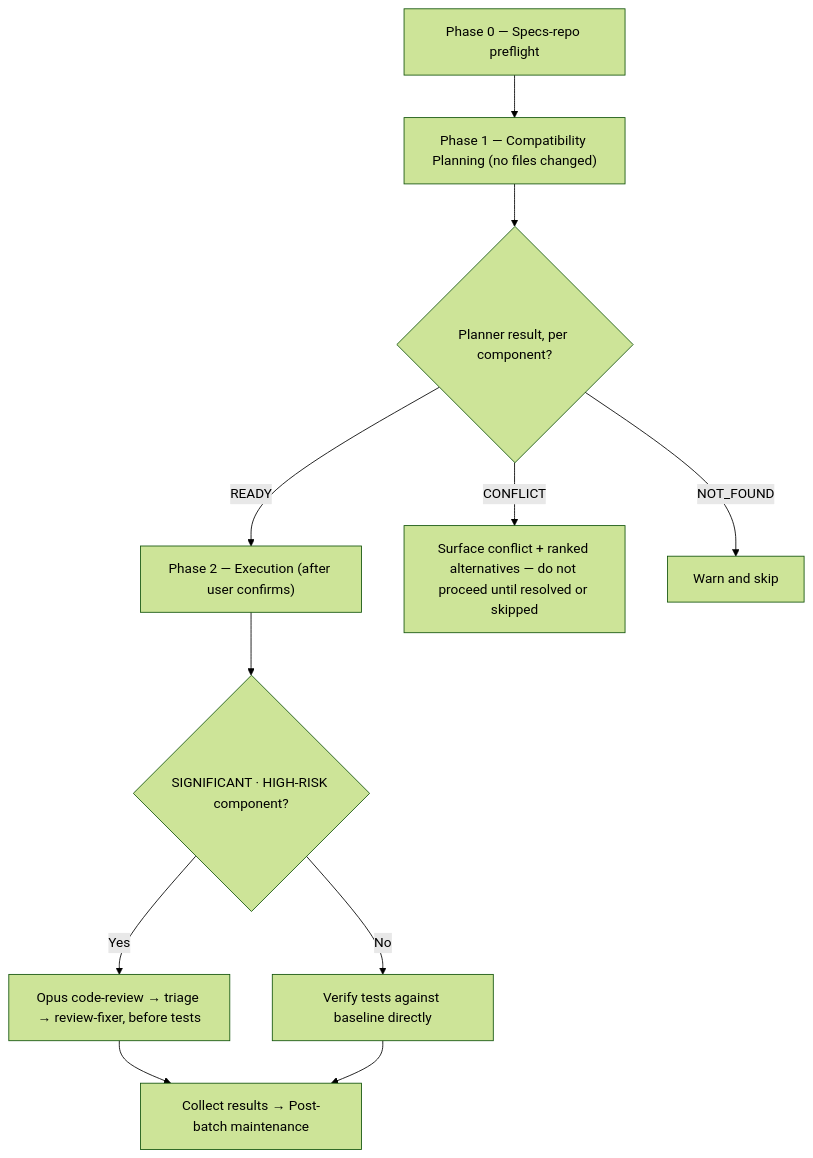
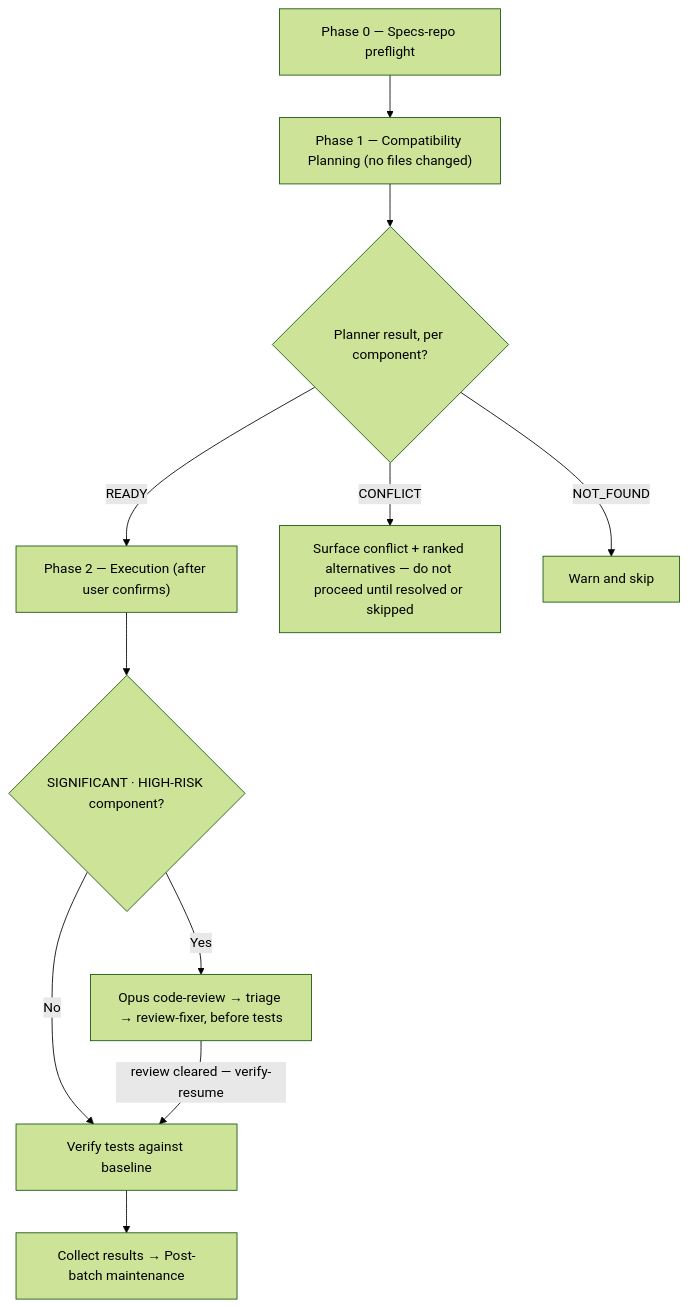
The diagram in plugins/dev-workflows/docs/commands/upgrade.md (ihudak/ai-workflows), drawn with Mermaid (forest theme) before and after one commit. The commit also changed 10 other files, not shown here.

First line of the commit message:
docs: diagrams and workflow pages follow the commands they draw

````diff
--- a/plugins/dev-workflows/docs/commands/upgrade.md
+++ b/plugins/dev-workflows/docs/commands/upgrade.md
@@ -23,13 +23,13 @@
 ```mermaid
 flowchart TD
     p0["Phase 0 — Specs-repo preflight"] --> p1["Phase 1 — Compatibility Planning (no files changed)"]
     p1 --> d1{"Planner result, per component?"}
     d1 -->|"READY"| p2["Phase 2 — Execution (after user confirms)"]
     d1 -->|"CONFLICT"| stop1["Surface conflict + ranked alternatives — do not proceed until resolved or skipped"]
     d1 -->|"NOT_FOUND"| skip1["Warn and skip"]
     p2 --> d2{"SIGNIFICANT · HIGH-RISK component?"}
     d2 -->|"Yes"| rv["Opus code-review → triage → review-fixer, before tests"]
-    d2 -->|"No"| tv["Verify tests against baseline directly"]
-    rv --> done["Collect results → Post-batch maintenance"]
-    tv --> done
+    d2 -->|"No"| tv["Verify tests against baseline"]
+    rv -->|"review cleared — verify-resume"| tv
+    tv --> done["Collect results → Post-batch maintenance"]
 ```
````
